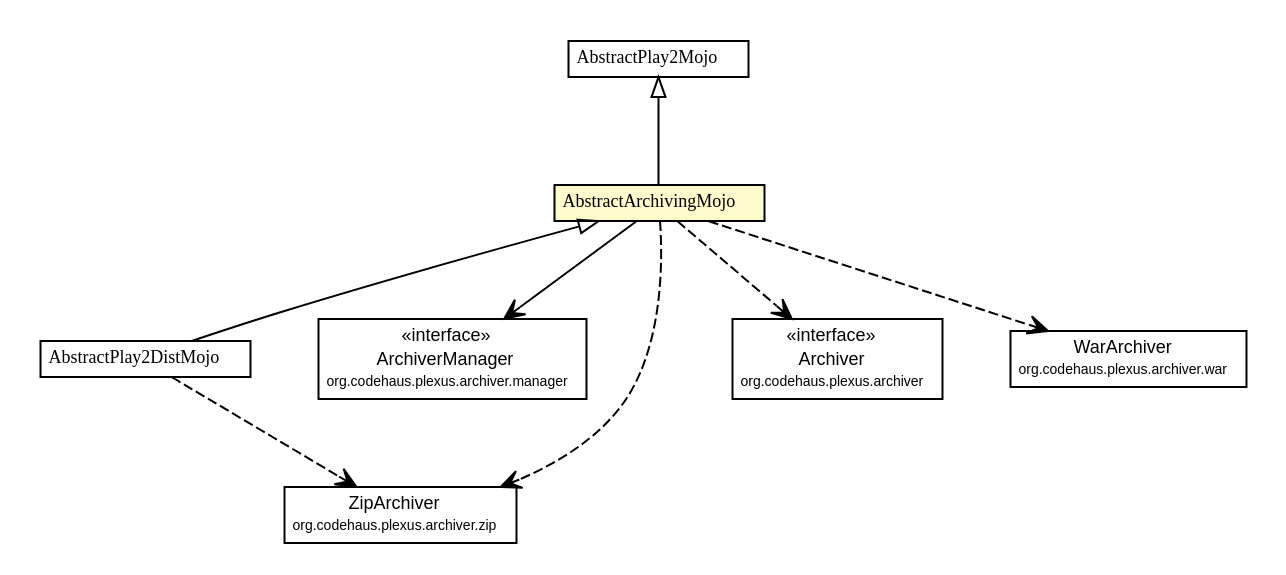
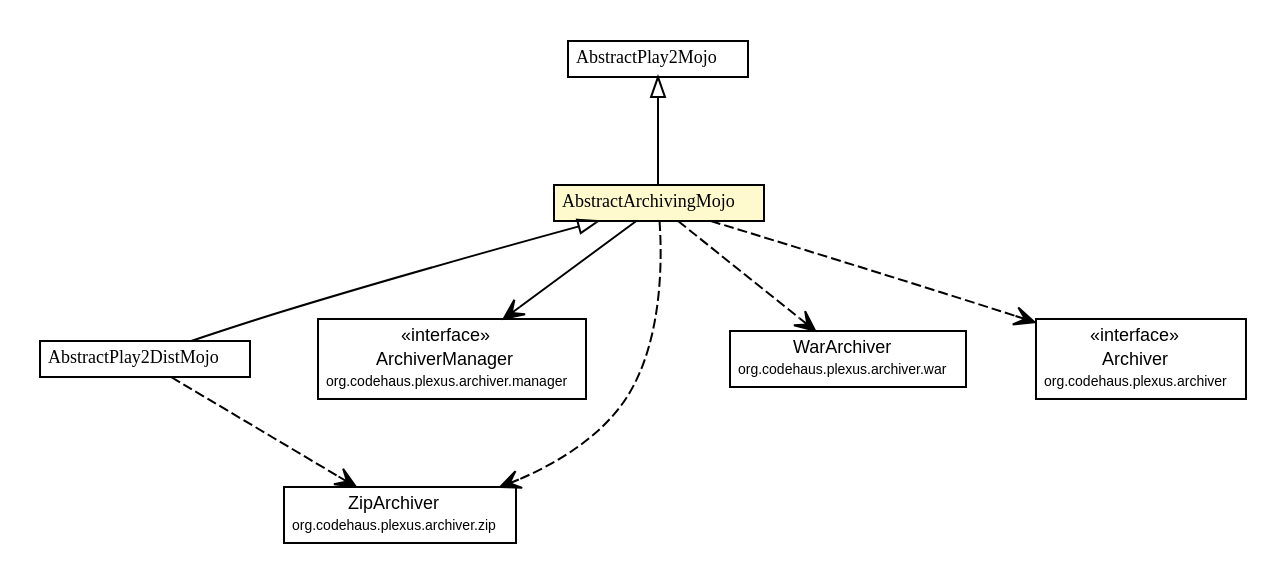
Before and after one commit to wouterhardeman/play2-maven-plugin: the diagram in mavensite/1.0.0-alpha7-SNAPSHOT/play2-maven-plugin/apidocs/com/google/code/play2/plugin/AbstractArchivingMojo.dot, drawn with Graphviz. The commit also changed 238 other files, not shown here.

```diff
--- a/mavensite/1.0.0-alpha7-SNAPSHOT/play2-maven-plugin/apidocs/com/google/code/play2/plugin/AbstractArchivingMojo.dot
+++ b/mavensite/1.0.0-alpha7-SNAPSHOT/play2-maven-plugin/apidocs/com/google/code/play2/plugin/AbstractArchivingMojo.dot
@@ -1,74 +1,74 @@
 #!/usr/local/bin/dot
 #
 # Class diagram 
 # Generated by UMLGraph version R5_6-24-gf6e263 (http://www.umlgraph.org/)
 #
 
 digraph G {
 	edge [fontname="arial",fontsize=10,labelfontname="arial",labelfontsize=10];
 	node [fontname="arial",fontsize=10,shape=plaintext];
 	nodesep=0.25;
 	ranksep=0.5;
 	// com.google.code.play2.plugin.AbstractPlay2Mojo
 	c233 [label=<<table title="com.google.code.play2.plugin.AbstractPlay2Mojo" border="0" cellborder="1" cellspacing="0" cellpadding="2" port="p" href="./AbstractPlay2Mojo.html">
 		<tr><td><table border="0" cellspacing="0" cellpadding="1">
 <tr><td align="center" balign="center"><font face="arial italic"> AbstractPlay2Mojo </font></td></tr>
 		</table></td></tr>
 		</table>>, URL="./AbstractPlay2Mojo.html", fontname="arial", fontcolor="black", fontsize=9.0];
 	// com.google.code.play2.plugin.AbstractPlay2DistMojo
 	c235 [label=<<table title="com.google.code.play2.plugin.AbstractPlay2DistMojo" border="0" cellborder="1" cellspacing="0" cellpadding="2" port="p" href="./AbstractPlay2DistMojo.html">
 		<tr><td><table border="0" cellspacing="0" cellpadding="1">
 <tr><td align="center" balign="center"><font face="arial italic"> AbstractPlay2DistMojo </font></td></tr>
 		</table></td></tr>
 		</table>>, URL="./AbstractPlay2DistMojo.html", fontname="arial", fontcolor="black", fontsize=9.0];
 	// com.google.code.play2.plugin.AbstractArchivingMojo
 	c238 [label=<<table title="com.google.code.play2.plugin.AbstractArchivingMojo" border="0" cellborder="1" cellspacing="0" cellpadding="2" port="p" bgcolor="lemonChiffon" href="./AbstractArchivingMojo.html">
 		<tr><td><table border="0" cellspacing="0" cellpadding="1">
 <tr><td align="center" balign="center"><font face="arial italic"> AbstractArchivingMojo </font></td></tr>
 		</table></td></tr>
 		</table>>, URL="./AbstractArchivingMojo.html", fontname="arial", fontcolor="black", fontsize=9.0];
 	//com.google.code.play2.plugin.AbstractPlay2DistMojo extends com.google.code.play2.plugin.AbstractArchivingMojo
 	c238:p -> c235:p [dir=back,arrowtail=empty];
 	//com.google.code.play2.plugin.AbstractArchivingMojo extends com.google.code.play2.plugin.AbstractPlay2Mojo
 	c233:p -> c238:p [dir=back,arrowtail=empty];
 	// com.google.code.play2.plugin.AbstractArchivingMojo NAVASSOC org.codehaus.plexus.archiver.manager.ArchiverManager
 	c238:p -> c243:p [taillabel="", label="", headlabel="", fontname="arial", fontcolor="black", fontsize=10.0, color="black", arrowhead=open];
 	// com.google.code.play2.plugin.AbstractPlay2DistMojo DEPEND org.codehaus.plexus.archiver.zip.ZipArchiver
 	c235:p -> c245:p [taillabel="", label="", headlabel="", fontname="arial", fontcolor="black", fontsize=10.0, color="black", arrowhead=open, style=dashed];
+	// com.google.code.play2.plugin.AbstractArchivingMojo DEPEND org.codehaus.plexus.archiver.war.WarArchiver
+	c238:p -> c249:p [taillabel="", label="", headlabel="", fontname="arial", fontcolor="black", fontsize=10.0, color="black", arrowhead=open, style=dashed];
 	// com.google.code.play2.plugin.AbstractArchivingMojo DEPEND org.codehaus.plexus.archiver.Archiver
-	c238:p -> c247:p [taillabel="", label="", headlabel="", fontname="arial", fontcolor="black", fontsize=10.0, color="black", arrowhead=open, style=dashed];
+	c238:p -> c251:p [taillabel="", label="", headlabel="", fontname="arial", fontcolor="black", fontsize=10.0, color="black", arrowhead=open, style=dashed];
 	// com.google.code.play2.plugin.AbstractArchivingMojo DEPEND org.codehaus.plexus.archiver.zip.ZipArchiver
 	c238:p -> c245:p [taillabel="", label="", headlabel="", fontname="arial", fontcolor="black", fontsize=10.0, color="black", arrowhead=open, style=dashed];
-	// com.google.code.play2.plugin.AbstractArchivingMojo DEPEND org.codehaus.plexus.archiver.war.WarArchiver
-	c238:p -> c251:p [taillabel="", label="", headlabel="", fontname="arial", fontcolor="black", fontsize=10.0, color="black", arrowhead=open, style=dashed];
 	// org.codehaus.plexus.archiver.manager.ArchiverManager
 	c243 [label=<<table title="org.codehaus.plexus.archiver.manager.ArchiverManager" border="0" cellborder="1" cellspacing="0" cellpadding="2" port="p" href="http://maven-play-plugin.googlecode.com/svn/apidocs/org/codehaus/plexus/plexus-archiver/2.3/org/codehaus/plexus/archiver/manager/ArchiverManager.html">
 		<tr><td><table border="0" cellspacing="0" cellpadding="1">
 <tr><td align="center" balign="center"> &#171;interface&#187; </td></tr>
 <tr><td align="center" balign="center"> ArchiverManager </td></tr>
 <tr><td align="center" balign="center"><font point-size="7.0"> org.codehaus.plexus.archiver.manager </font></td></tr>
 		</table></td></tr>
 		</table>>, URL="http://maven-play-plugin.googlecode.com/svn/apidocs/org/codehaus/plexus/plexus-archiver/2.3/org/codehaus/plexus/archiver/manager/ArchiverManager.html", fontname="arial", fontcolor="black", fontsize=9.0];
 	// org.codehaus.plexus.archiver.war.WarArchiver
-	c251 [label=<<table title="org.codehaus.plexus.archiver.war.WarArchiver" border="0" cellborder="1" cellspacing="0" cellpadding="2" port="p" href="http://maven-play-plugin.googlecode.com/svn/apidocs/org/codehaus/plexus/plexus-archiver/2.3/org/codehaus/plexus/archiver/war/WarArchiver.html">
+	c249 [label=<<table title="org.codehaus.plexus.archiver.war.WarArchiver" border="0" cellborder="1" cellspacing="0" cellpadding="2" port="p" href="http://maven-play-plugin.googlecode.com/svn/apidocs/org/codehaus/plexus/plexus-archiver/2.3/org/codehaus/plexus/archiver/war/WarArchiver.html">
 		<tr><td><table border="0" cellspacing="0" cellpadding="1">
 <tr><td align="center" balign="center"> WarArchiver </td></tr>
 <tr><td align="center" balign="center"><font point-size="7.0"> org.codehaus.plexus.archiver.war </font></td></tr>
 		</table></td></tr>
 		</table>>, URL="http://maven-play-plugin.googlecode.com/svn/apidocs/org/codehaus/plexus/plexus-archiver/2.3/org/codehaus/plexus/archiver/war/WarArchiver.html", fontname="arial", fontcolor="black", fontsize=9.0];
 	// org.codehaus.plexus.archiver.Archiver
-	c247 [label=<<table title="org.codehaus.plexus.archiver.Archiver" border="0" cellborder="1" cellspacing="0" cellpadding="2" port="p" href="http://maven-play-plugin.googlecode.com/svn/apidocs/org/codehaus/plexus/plexus-archiver/2.3/org/codehaus/plexus/archiver/Archiver.html">
+	c251 [label=<<table title="org.codehaus.plexus.archiver.Archiver" border="0" cellborder="1" cellspacing="0" cellpadding="2" port="p" href="http://maven-play-plugin.googlecode.com/svn/apidocs/org/codehaus/plexus/plexus-archiver/2.3/org/codehaus/plexus/archiver/Archiver.html">
 		<tr><td><table border="0" cellspacing="0" cellpadding="1">
 <tr><td align="center" balign="center"> &#171;interface&#187; </td></tr>
 <tr><td align="center" balign="center"> Archiver </td></tr>
 <tr><td align="center" balign="center"><font point-size="7.0"> org.codehaus.plexus.archiver </font></td></tr>
 		</table></td></tr>
 		</table>>, URL="http://maven-play-plugin.googlecode.com/svn/apidocs/org/codehaus/plexus/plexus-archiver/2.3/org/codehaus/plexus/archiver/Archiver.html", fontname="arial", fontcolor="black", fontsize=9.0];
 	// org.codehaus.plexus.archiver.zip.ZipArchiver
 	c245 [label=<<table title="org.codehaus.plexus.archiver.zip.ZipArchiver" border="0" cellborder="1" cellspacing="0" cellpadding="2" port="p" href="http://maven-play-plugin.googlecode.com/svn/apidocs/org/codehaus/plexus/plexus-archiver/2.3/org/codehaus/plexus/archiver/zip/ZipArchiver.html">
 		<tr><td><table border="0" cellspacing="0" cellpadding="1">
 <tr><td align="center" balign="center"> ZipArchiver </td></tr>
 <tr><td align="center" balign="center"><font point-size="7.0"> org.codehaus.plexus.archiver.zip </font></td></tr>
 		</table></td></tr>
 		</table>>, URL="http://maven-play-plugin.googlecode.com/svn/apidocs/org/codehaus/plexus/plexus-archiver/2.3/org/codehaus/plexus/archiver/zip/ZipArchiver.html", fontname="arial", fontcolor="black", fontsize=9.0];
 }
```
